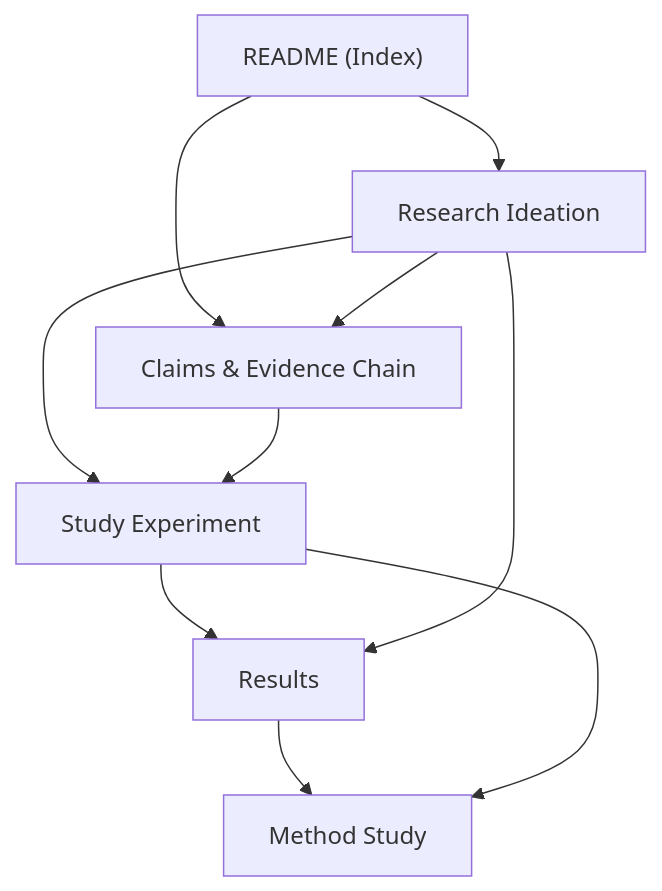
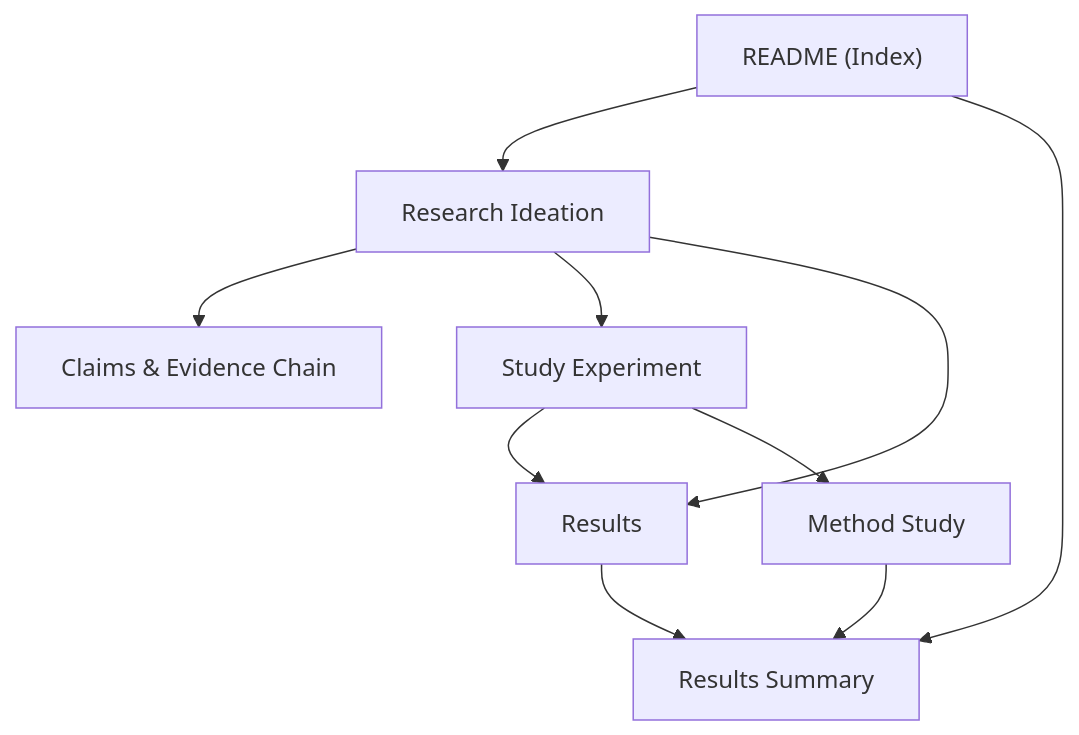
One commit to suryamanoj4/MLLM-quantization-research changed the diagram in obsidian-docs/README.md. Above: the diagram before and after it, drawn with Mermaid. The commit also changed other lines of this file and 4 other files, not shown here.

First line of the commit message:
docs: add Results Summary synthesis hub for the vault

````diff
--- a/obsidian-docs/README.md
+++ b/obsidian-docs/README.md
@@ -19,12 +19,12 @@
 ```mermaid
 graph TD
     A["README (Index)"] --> B["Research Ideation"]
-    A --> E["Claims & Evidence Chain"]
-    B --> E
+    A --> R["Results Summary"]
+    B --> E["Claims & Evidence Chain"]
     B --> C["Study Experiment"]
     C --> D["Results"]
     B --> D
-    E --> C
-    D --> M["Method Study"]
-    C --> M
+    D --> R
+    C --> M["Method Study"]
+    M --> R
 ```
````
